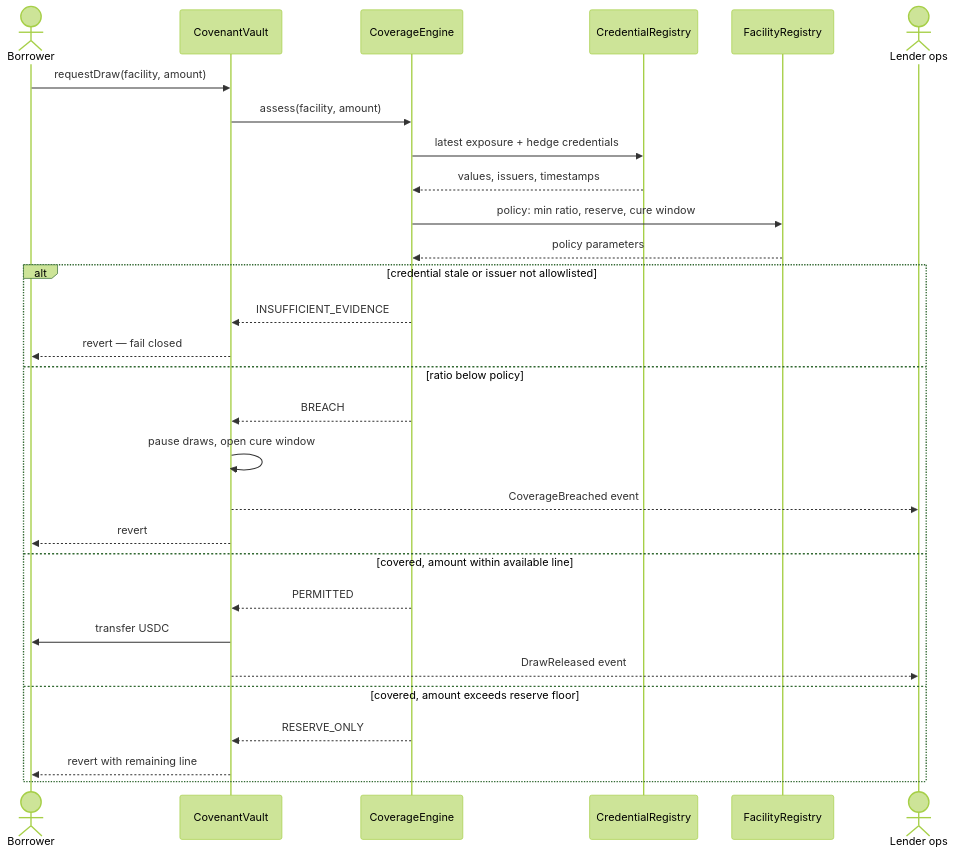
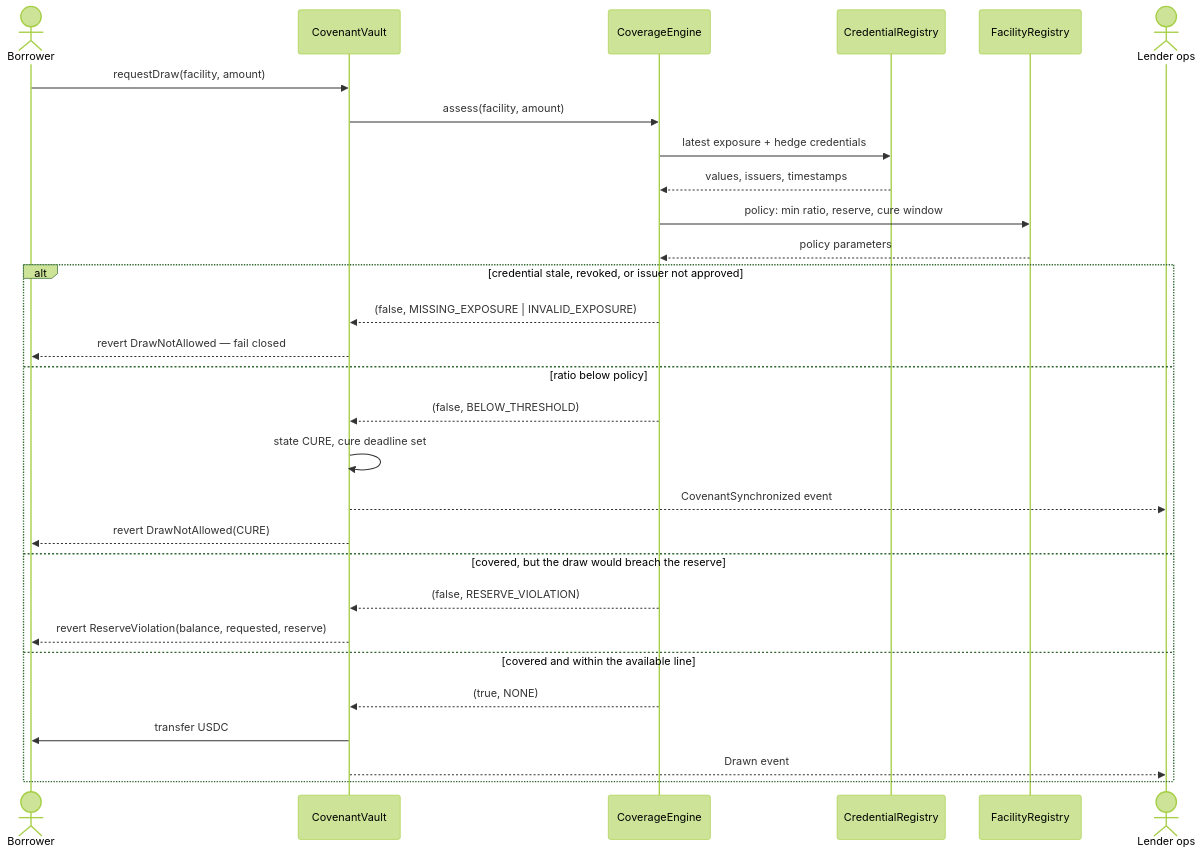
The second of 4 diagrams in ARC-SYSTEM-DESIGN.md (estmcmxci/signa-arc), drawn with Mermaid (forest theme) before and after one commit. The commit also changed other lines of this file, not shown here.

Commit message:
Correct ARC-SYSTEM-DESIGN §3 against the deployed code
The sequence diagram described verdicts that never existed: PERMITTED,
RESERVE_ONLY and INSUFFICIENT_EVIDENCE appear nowhere in the contracts. The gate
returns (bool allowed, ResultReason reason), and the five reasons are NONE,
MISSING_EXPOSURE, INVALID_EXPOSURE, BELOW_THRESHOLD and RESERVE_VIOLATION.

It also labelled a below-ratio result BREACH where the implementation uses CURE.
That one matters beyond vocabulary: R-F3-4 says a cure period is time to remedy,
and breach is only reached when the deadline passes without restoration. The
A-3 refusal we captured on Arc reverts with DrawNotAllowed(CURE), not BREACH,
and a reader following the old diagram would have expected the wrong thing from
the demo.

Corrected against the deployed contracts and the acceptance evidence rather than
against the PRD, so the document now describes what runs.

Claude-Session: https://claude.ai/code/session_01DUU8J6qnZM5EPM83FRjiLv

````diff
--- a/ARC-SYSTEM-DESIGN.md
+++ b/ARC-SYSTEM-DESIGN.md
@@ -67,33 +67,33 @@
 ```mermaid
 sequenceDiagram
     actor B as Borrower
     participant V as CovenantVault
     participant E as CoverageEngine
     participant C as CredentialRegistry
     participant F as FacilityRegistry
     actor L as Lender ops
 
     B->>V: requestDraw(facility, amount)
     V->>E: assess(facility, amount)
     E->>C: latest exposure + hedge credentials
     C-->>E: values, issuers, timestamps
     E->>F: policy: min ratio, reserve, cure window
     F-->>E: policy parameters
 
-    alt credential stale or issuer not allowlisted
-        E-->>V: INSUFFICIENT_EVIDENCE
-        V-->>B: revert — fail closed
+    alt credential stale, revoked, or issuer not approved
+        E-->>V: (false, MISSING_EXPOSURE | INVALID_EXPOSURE)
+        V-->>B: revert DrawNotAllowed — fail closed
     else ratio below policy
-        E-->>V: BREACH
-        V->>V: pause draws, open cure window
-        V-->>L: CoverageBreached event
-        V-->>B: revert
-    else covered, amount within available line
-        E-->>V: PERMITTED
+        E-->>V: (false, BELOW_THRESHOLD)
+        V->>V: state CURE, cure deadline set
+        V-->>L: CovenantSynchronized event
+        V-->>B: revert DrawNotAllowed(CURE)
+    else covered, but the draw would breach the reserve
+        E-->>V: (false, RESERVE_VIOLATION)
+        V-->>B: revert ReserveViolation(balance, requested, reserve)
+    else covered and within the available line
+        E-->>V: (true, NONE)
         V->>B: transfer USDC
-        V-->>L: DrawReleased event
-    else covered, amount exceeds reserve floor
-        E-->>V: RESERVE_ONLY
-        V-->>B: revert with remaining line
+        V-->>L: Drawn event
     end
 ```
````
